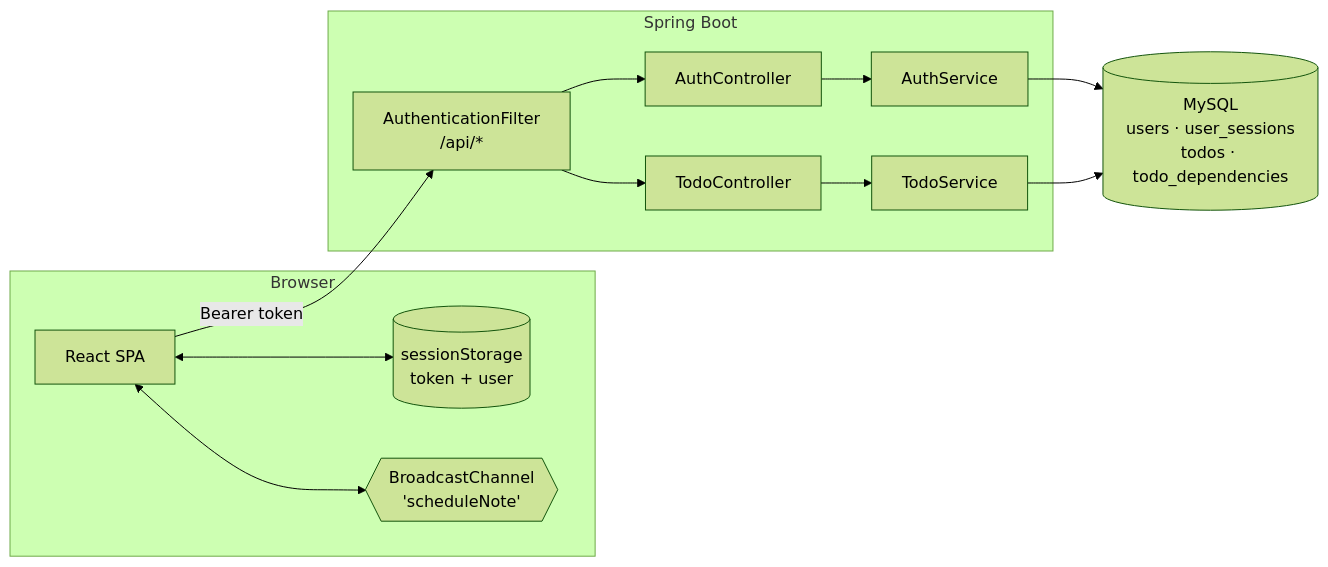
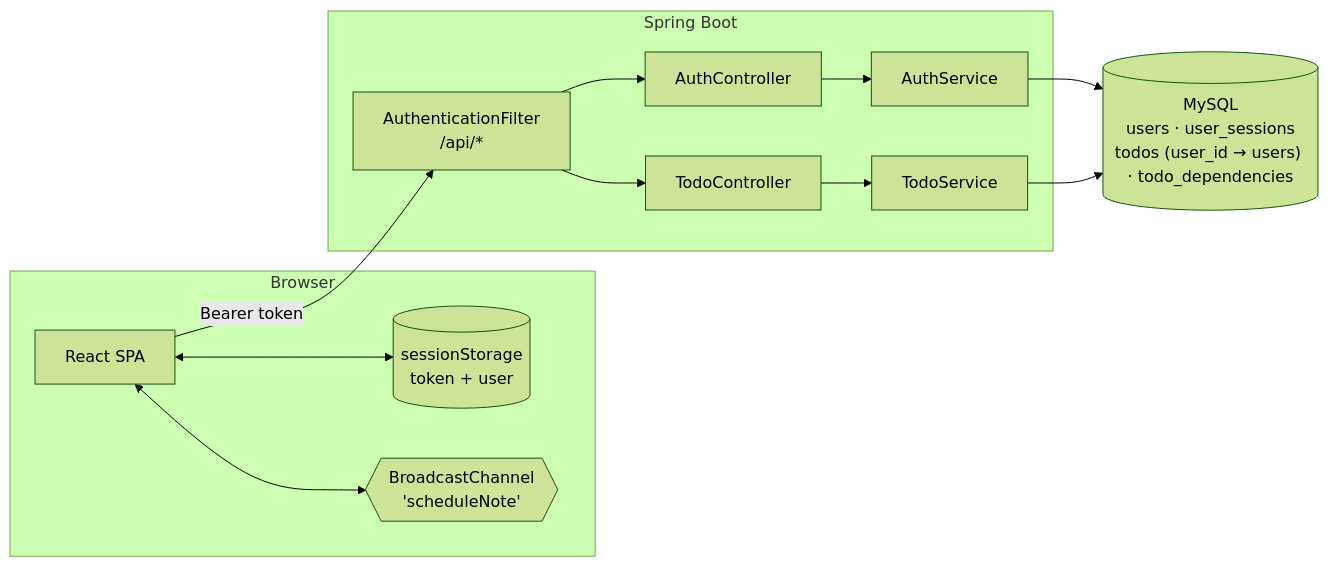
The first of 9 diagrams in docs/ARCHITECTURE.md (ericchia9745/sleekflow), drawn with Mermaid (forest theme) before and after one commit. The commit also changed other lines of this file and 64 other files, not shown here.

````diff
--- a/docs/ARCHITECTURE.md
+++ b/docs/ARCHITECTURE.md
@@ -9,28 +10,28 @@
 ```mermaid
 flowchart LR
     subgraph Browser
         UI["React SPA"]
         SS[("sessionStorage<br/>token + user")]
         BC{{"BroadcastChannel<br/>'scheduleNote'"}}
         UI <--> SS
         UI <--> BC
     end
 
     subgraph Server["Spring Boot"]
         F["AuthenticationFilter<br/>/api/*"]
         AC["AuthController"]
         TC["TodoController"]
         AS["AuthService"]
         TS["TodoService"]
         F --> AC
         F --> TC
         AC --> AS
         TC --> TS
     end
 
-    DB[("MySQL<br/>users · user_sessions<br/>todos · todo_dependencies")]
+    DB[("MySQL<br/>users · user_sessions<br/>todos (user_id → users) · todo_dependencies")]
 
     UI -->|"Bearer token"| F
     AS --> DB
     TS --> DB
 ```
````
